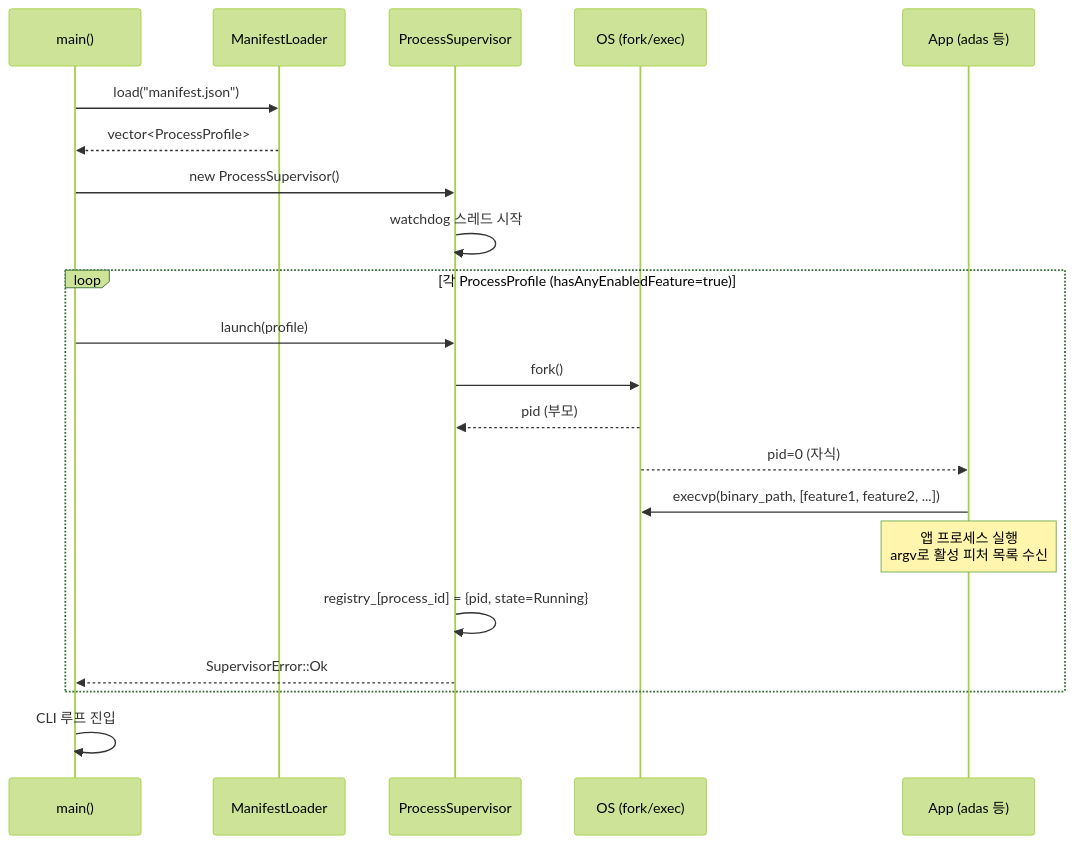
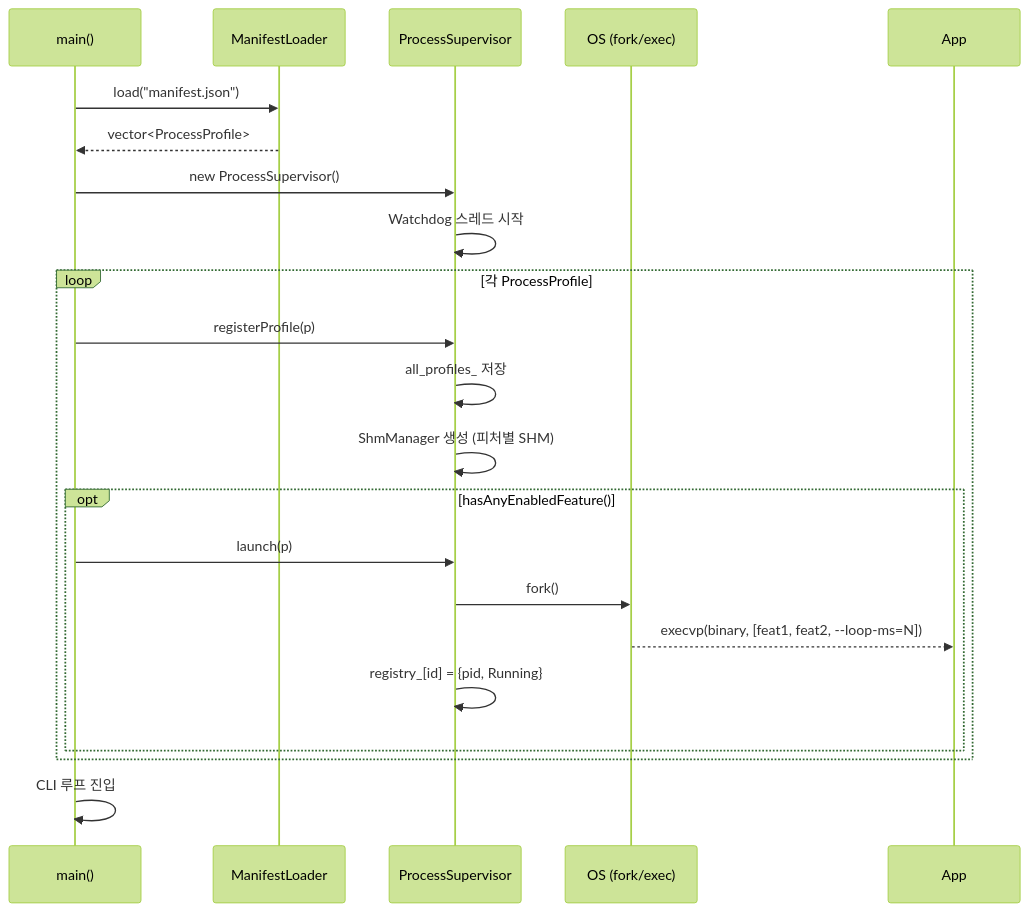
Before and after one commit to Suehyun666/Platform: the first of 5 diagrams in docs/architecture.md, drawn with Mermaid (forest theme). The commit also changed other lines of this file and 20 other files, not shown here.

````diff
--- a/docs/architecture.md
+++ b/docs/architecture.md
@@ -107,27 +127,29 @@
 ```mermaid
 sequenceDiagram
     participant M  as main()
     participant ML as ManifestLoader
     participant PS as ProcessSupervisor
     participant OS as OS (fork/exec)
-    participant AP as App (adas 등)
+    participant AP as App
 
     M->>ML: load("manifest.json")
     ML-->>M: vector<ProcessProfile>
 
     M->>PS: new ProcessSupervisor()
-    PS->>PS: watchdog 스레드 시작
+    PS->>PS: Watchdog 스레드 시작
 
-    loop 각 ProcessProfile (hasAnyEnabledFeature=true)
-        M->>PS: launch(profile)
-        PS->>OS: fork()
-        OS-->>PS: pid (부모)
-        OS-->>AP: pid=0 (자식)
-        AP->>OS: execvp(binary_path, [feature1, feature2, ...])
-        Note over AP: 앱 프로세스 실행<br/>argv로 활성 피처 목록 수신
-        PS->>PS: registry_[process_id] = {pid, state=Running}
-        PS-->>M: SupervisorError::Ok
+    loop 각 ProcessProfile
+        M->>PS: registerProfile(p)
+        PS->>PS: all_profiles_ 저장
+        PS->>PS: ShmManager 생성 (피처별 SHM)
+
+        opt hasAnyEnabledFeature()
+            M->>PS: launch(p)
+            PS->>OS: fork()
+            OS-->>AP: execvp(binary, [feat1, feat2, --loop-ms=N])
+            PS->>PS: registry_[id] = {pid, Running}
+        end
     end
 
     M->>M: CLI 루프 진입
 ```
````
